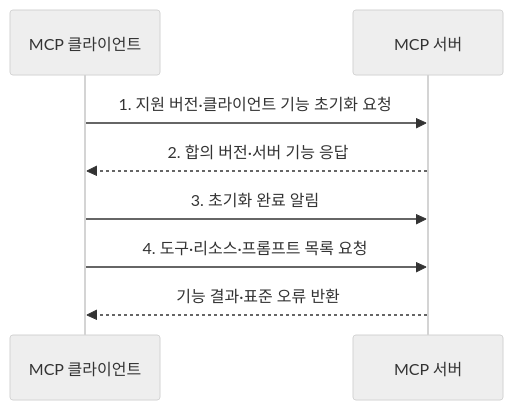
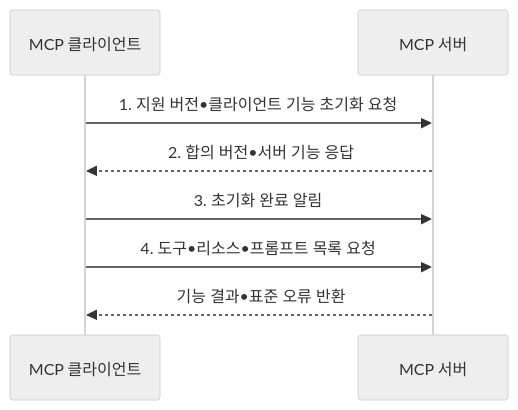
The second of 2 diagrams in src/content/docs/notes/08-latest-tech/006_model_context_protocol.md (agnusdei1207/knowledge-base), drawn with Mermaid (neutral theme) before and after one commit. The commit also changed other lines of this file and 953 other files, not shown here.

````diff
--- a/src/content/docs/notes/08-latest-tech/006_model_context_protocol.md
+++ b/src/content/docs/notes/08-latest-tech/006_model_context_protocol.md
@@ -96,10 +96,10 @@
 ```mermaid
 sequenceDiagram
     participant C as MCP 클라이언트
     participant S as MCP 서버
-    C->>S: 1. 지원 버전·클라이언트 기능 초기화 요청
-    S-->>C: 2. 합의 버전·서버 기능 응답
+    C->>S: 1. 지원 버전•클라이언트 기능 초기화 요청
+    S-->>C: 2. 합의 버전•서버 기능 응답
     C->>S: 3. 초기화 완료 알림
-    C->>S: 4. 도구·리소스·프롬프트 목록 요청
-    S-->>C: 기능 결과·표준 오류 반환
+    C->>S: 4. 도구•리소스•프롬프트 목록 요청
+    S-->>C: 기능 결과•표준 오류 반환
 ```
````
